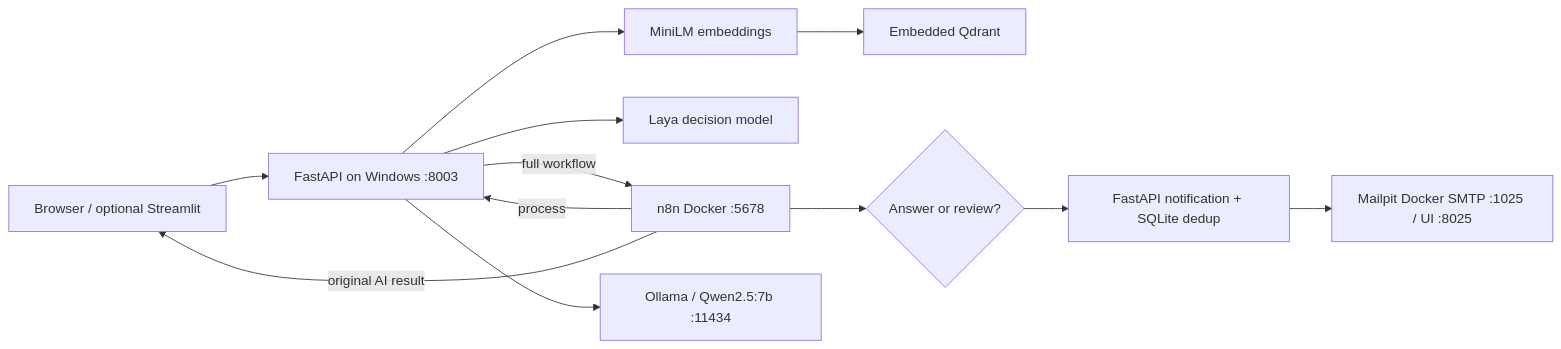
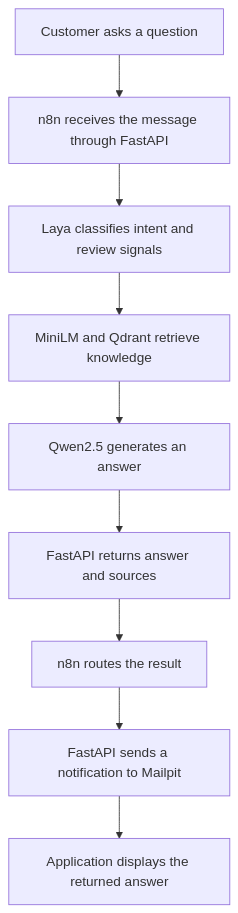
Before and after one commit to mjaouni/vector-rag-laya-ai-automation: the diagram in README.md, drawn with Mermaid. The commit also changed other lines of this file and 1 other file, not shown here.

Commit message:
Make the customer-question walkthrough the default documentation

````diff
--- a/README.md
+++ b/README.md
@@ -19,14 +13,11 @@
 ```mermaid
-flowchart LR
-    U[Browser / optional Streamlit] --> A[FastAPI on Windows :8003]
-    A -->|full workflow| N[n8n Docker :5678]
-    N -->|process| A
-    A --> L[Laya decision model]
-    A --> E[MiniLM embeddings]
-    E --> Q[Embedded Qdrant]
-    A --> O[Ollama / Qwen2.5:7b :11434]
-    N --> R{Answer or review?}
-    R --> P[FastAPI notification + SQLite dedup]
-    P --> M[Mailpit Docker SMTP :1025 / UI :8025]
-    N -->|original AI result| U
+flowchart TD
+    C[Customer asks a question] --> W[n8n receives the message through FastAPI]
+    W --> L[Laya classifies intent and review signals]
+    L --> R[MiniLM and Qdrant retrieve knowledge]
+    R --> Q[Qwen2.5 generates an answer]
+    Q --> F[FastAPI returns answer and sources]
+    F --> N[n8n routes the result]
+    N --> M[FastAPI sends a notification to Mailpit]
+    M --> A[Application displays the returned answer]
 ```
````
